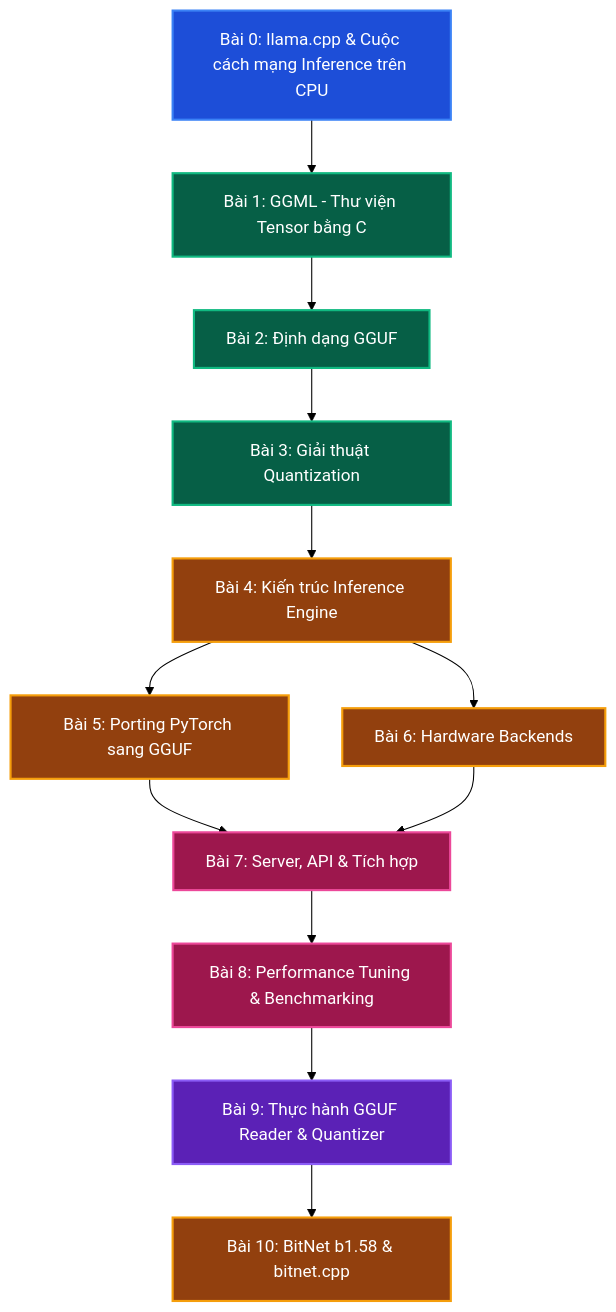
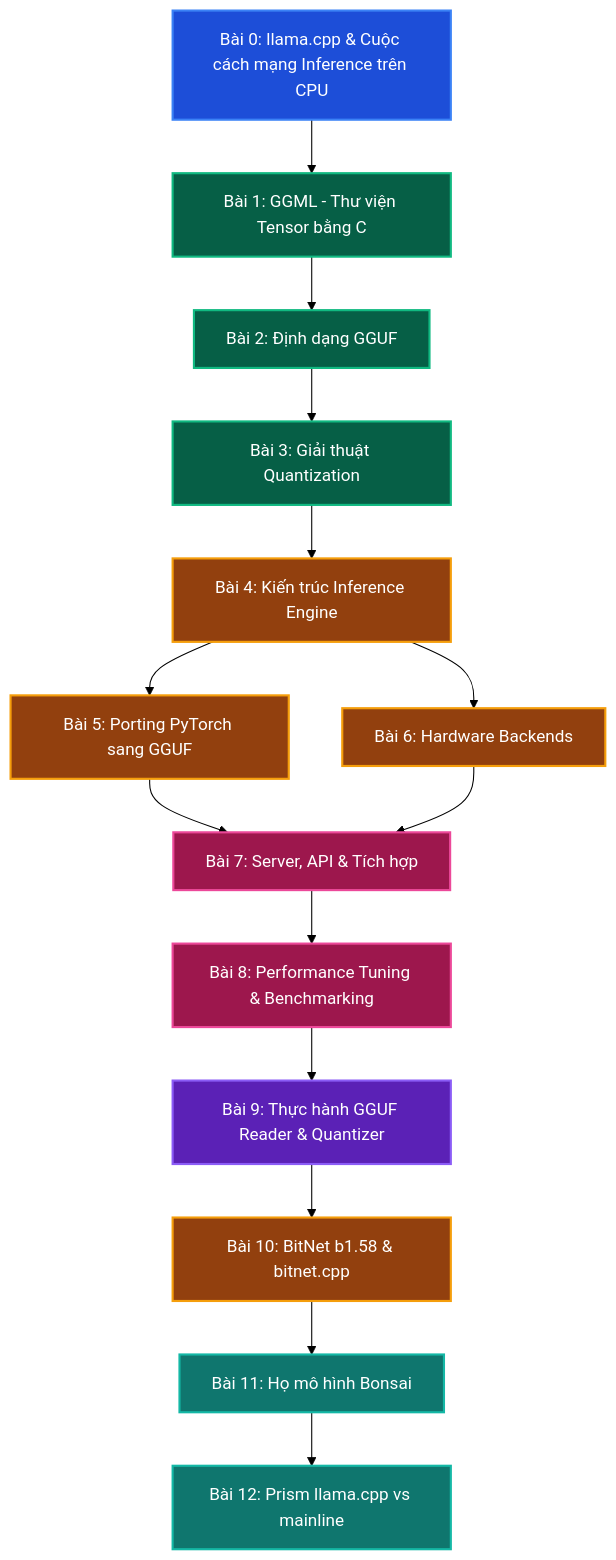
One commit to tuandung222/llama-cpp-architecture-lectures changed the diagram in docs/roadmap.md. Above: the diagram before and after it, drawn with Mermaid (forest theme). The commit also changed other lines of this file and 25 other files, not shown here.

First line of the commit message:
Add Bonsai/Prism curriculum part; audit BitNet, theory 7-8, cases and labs

````diff
--- a/docs/roadmap.md
+++ b/docs/roadmap.md
@@ -16,25 +16,29 @@
 ```mermaid
 graph TD
     L0[Bài 0: llama.cpp & Cuộc cách mạng Inference trên CPU] --> L1[Bài 1: GGML - Thư viện Tensor bằng C]
     L1 --> L2[Bài 2: Định dạng GGUF]
     L2 --> L3[Bài 3: Giải thuật Quantization]
     L3 --> L4[Bài 4: Kiến trúc Inference Engine]
     L4 --> L5[Bài 5: Porting PyTorch sang GGUF]
     L4 --> L6[Bài 6: Hardware Backends]
     L5 & L6 --> L7[Bài 7: Server, API & Tích hợp]
     L7 --> L8[Bài 8: Performance Tuning & Benchmarking]
     L8 --> L9[Bài 9: Thực hành GGUF Reader & Quantizer]
     L9 --> L10[Bài 10: BitNet b1.58 & bitnet.cpp]
+    L10 --> L11[Bài 11: Họ mô hình Bonsai]
+    L11 --> L12[Bài 12: Prism llama.cpp vs mainline]
 
     style L0 fill:#1d4ed8,stroke:#3b82f6,stroke-width:2px,color:#fff
     style L1 fill:#065f46,stroke:#10b981,stroke-width:2px,color:#fff
     style L2 fill:#065f46,stroke:#10b981,stroke-width:2px,color:#fff
     style L3 fill:#065f46,stroke:#10b981,stroke-width:2px,color:#fff
     style L4 fill:#92400e,stroke:#f59e0b,stroke-width:2px,color:#fff
     style L5 fill:#92400e,stroke:#f59e0b,stroke-width:2px,color:#fff
     style L6 fill:#92400e,stroke:#f59e0b,stroke-width:2px,color:#fff
     style L7 fill:#9d174d,stroke:#ec4899,stroke-width:2px,color:#fff
     style L8 fill:#9d174d,stroke:#ec4899,stroke-width:2px,color:#fff
     style L9 fill:#5b21b6,stroke:#8b5cf6,stroke-width:2px,color:#fff
     style L10 fill:#92400e,stroke:#f59e0b,stroke-width:2px,color:#fff
+    style L11 fill:#0f766e,stroke:#14b8a6,stroke-width:2px,color:#fff
+    style L12 fill:#0f766e,stroke:#14b8a6,stroke-width:2px,color:#fff
 ```
````
